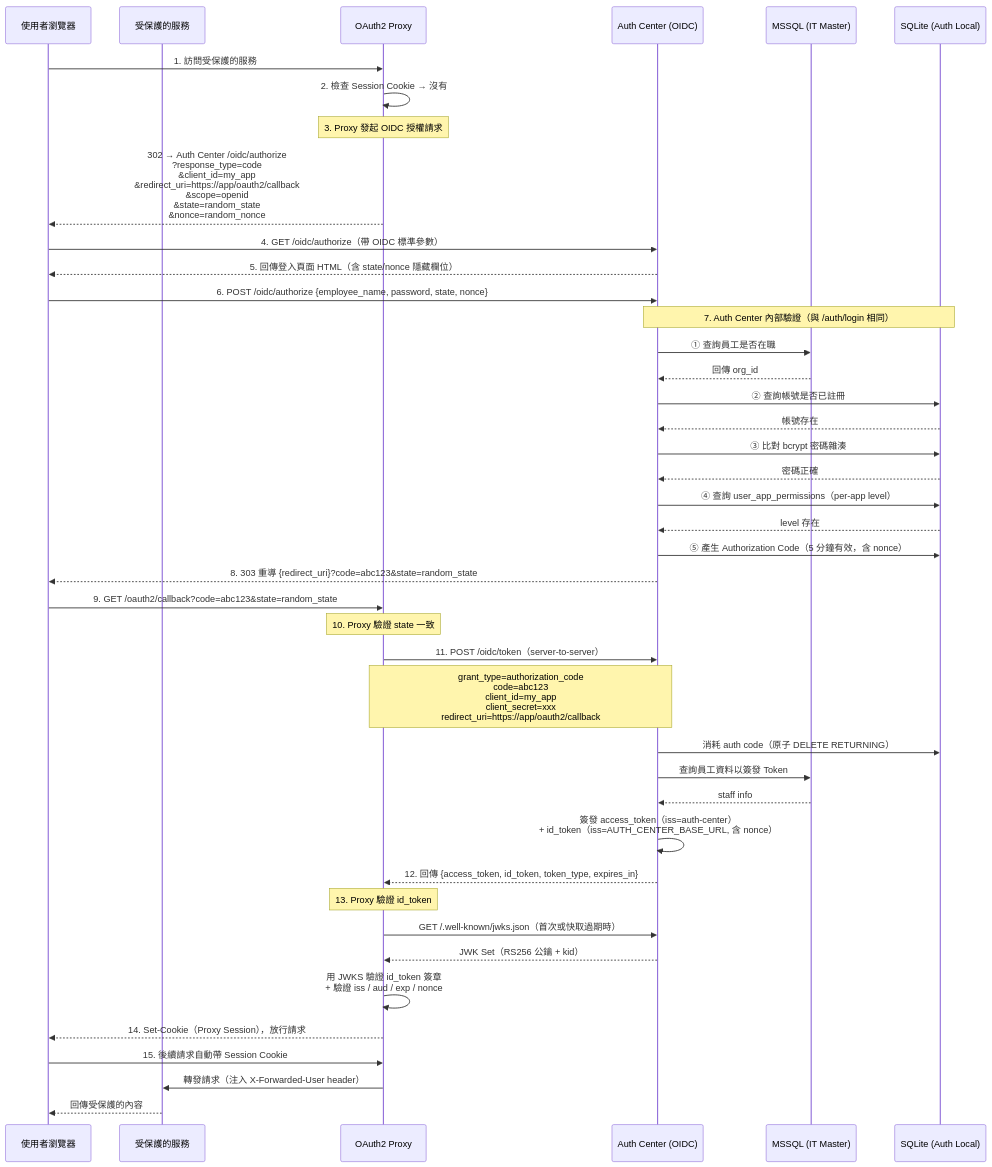
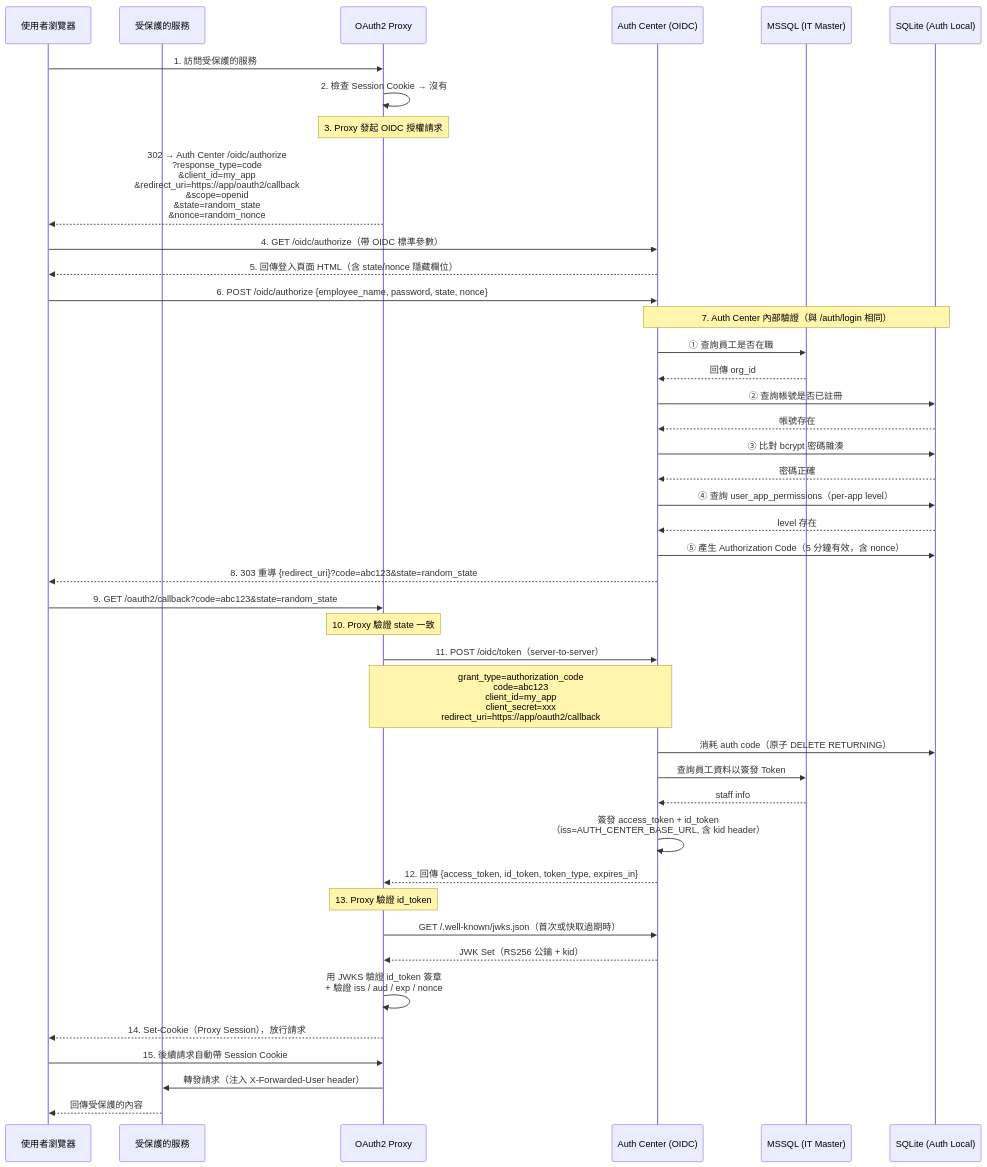
Before and after one commit to bwinken/authcenter: the eighth of 12 diagrams in README.md, drawn with Mermaid. The commit also changed other lines of this file and 4 other files, not shown here.

First line of the commit message:
refactor: unify JWT issuer to AUTH_CENTER_BASE_URL and add kid header

````diff
--- a/README.md
+++ b/README.md
@@ -1364,55 +1366,55 @@
 ```mermaid
 sequenceDiagram
     participant U as 使用者瀏覽器
     participant App as 受保護的服務
     participant P as OAuth2 Proxy
     participant C as Auth Center (OIDC)
     participant M as MSSQL (IT Master)
     participant S as SQLite (Auth Local)
 
     U->>P: 1. 訪問受保護的服務
     P->>P: 2. 檢查 Session Cookie → 沒有
 
     Note over P: 3. Proxy 發起 OIDC 授權請求
     P-->>U: 302 → Auth Center /oidc/authorize<br/>?response_type=code<br/>&client_id=my_app<br/>&redirect_uri=https://app/oauth2/callback<br/>&scope=openid<br/>&state=random_state<br/>&nonce=random_nonce
 
     U->>C: 4. GET /oidc/authorize（帶 OIDC 標準參數）
     C-->>U: 5. 回傳登入頁面 HTML（含 state/nonce 隱藏欄位）
 
     U->>C: 6. POST /oidc/authorize {employee_name, password, state, nonce}
 
     Note over C,S: 7. Auth Center 內部驗證（與 /auth/login 相同）
     C->>M: ① 查詢員工是否在職
     M-->>C: 回傳 org_id
     C->>S: ② 查詢帳號是否已註冊
     S-->>C: 帳號存在
     C->>S: ③ 比對 bcrypt 密碼雜湊
     S-->>C: 密碼正確
     C->>S: ④ 查詢 user_app_permissions（per-app level）
     S-->>C: level 存在
     C->>S: ⑤ 產生 Authorization Code（5 分鐘有效，含 nonce）
 
     C-->>U: 8. 303 重導 {redirect_uri}?code=abc123&state=random_state
     U->>P: 9. GET /oauth2/callback?code=abc123&state=random_state
 
     Note over P: 10. Proxy 驗證 state 一致
     P->>C: 11. POST /oidc/token（server-to-server）
     Note over P,C: grant_type=authorization_code<br/>code=abc123<br/>client_id=my_app<br/>client_secret=xxx<br/>redirect_uri=https://app/oauth2/callback
 
     C->>S: 消耗 auth code（原子 DELETE RETURNING）
     C->>M: 查詢員工資料以簽發 Token
     M-->>C: staff info
-    C->>C: 簽發 access_token（iss=auth-center）<br/>+ id_token（iss=AUTH_CENTER_BASE_URL, 含 nonce）
+    C->>C: 簽發 access_token + id_token<br/>（iss=AUTH_CENTER_BASE_URL, 含 kid header）
 
     C-->>P: 12. 回傳 {access_token, id_token, token_type, expires_in}
 
     Note over P: 13. Proxy 驗證 id_token
     P->>C: GET /.well-known/jwks.json（首次或快取過期時）
     C-->>P: JWK Set（RS256 公鑰 + kid）
     P->>P: 用 JWKS 驗證 id_token 簽章<br/>+ 驗證 iss / aud / exp / nonce
 
     P-->>U: 14. Set-Cookie（Proxy Session），放行請求
     U->>P: 15. 後續請求自動帶 Session Cookie
     P->>App: 轉發請求（注入 X-Forwarded-User header）
     App-->>U: 回傳受保護的內容
 ```
````
